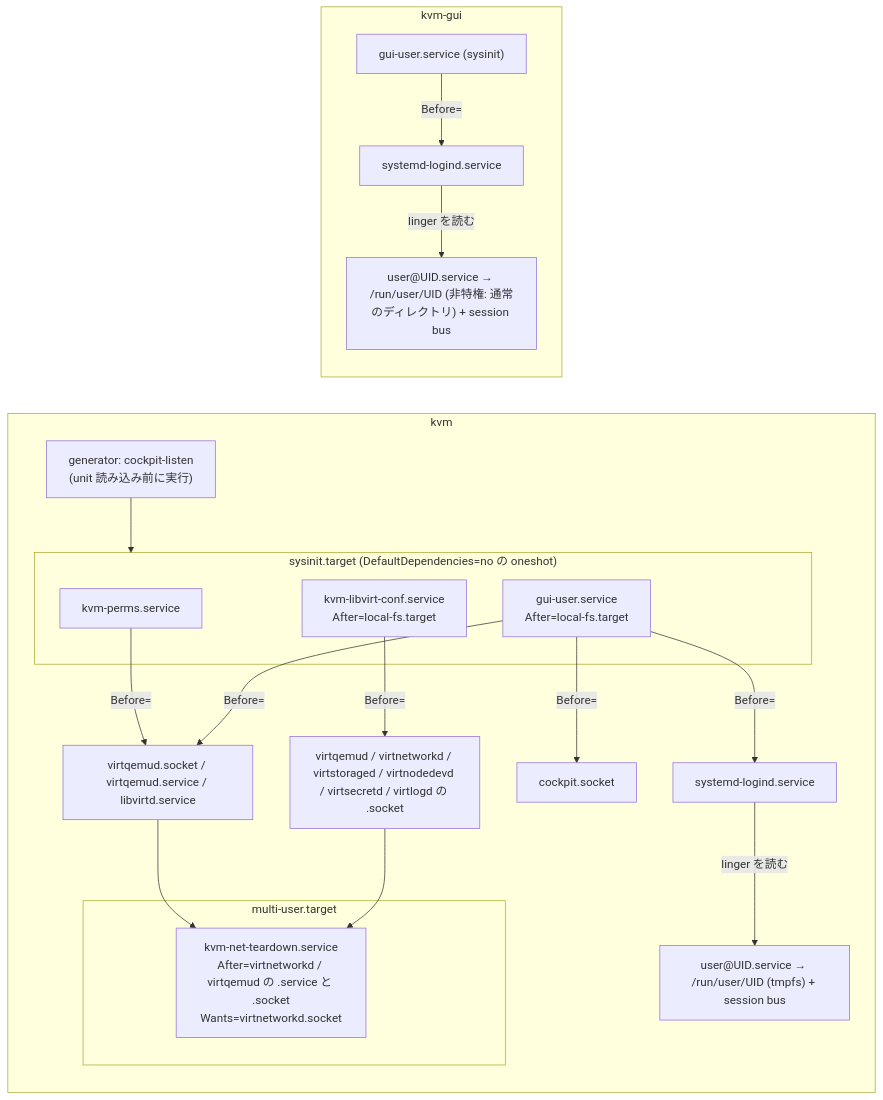
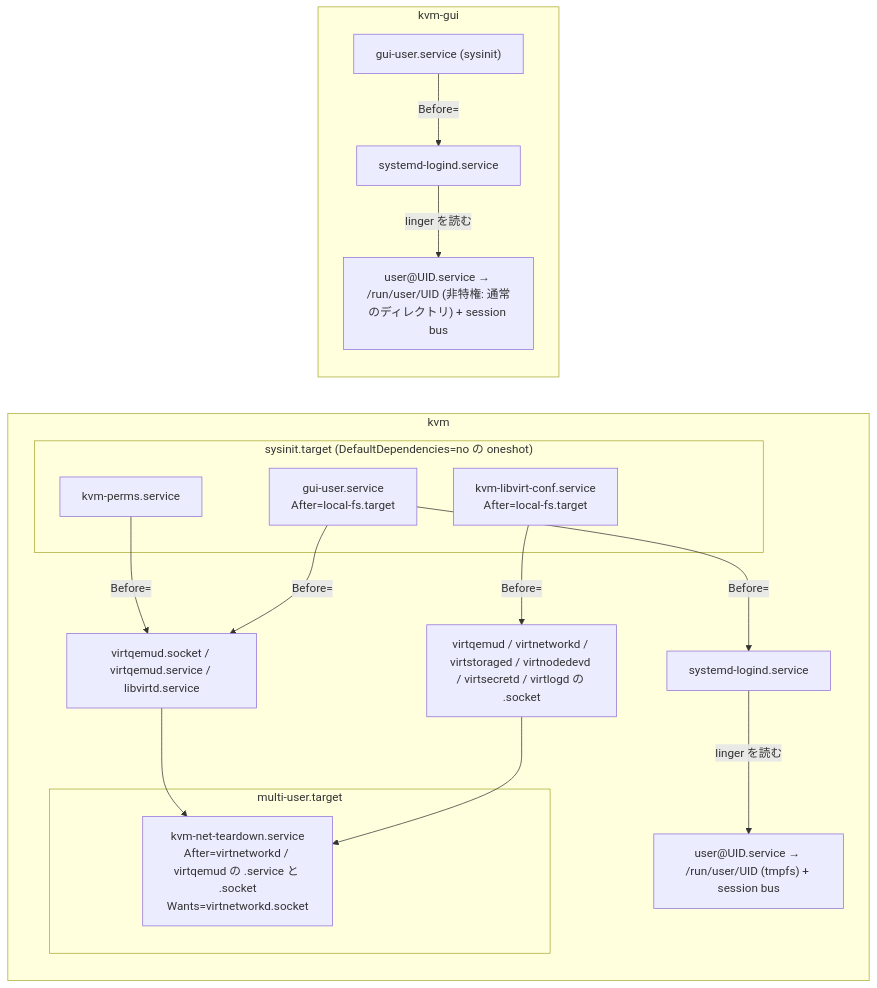
Before and after one commit to ryo-aoki-pc/kvm-container: diagram 16 of 22 in docs/SPEC.md, drawn with Mermaid. The commit also changed other lines of this file and 11 other files, not shown here.

````diff
--- a/docs/SPEC.md
+++ b/docs/SPEC.md
@@ -790,26 +752,24 @@
 ```mermaid
 flowchart LR
   subgraph kvm ["kvm"]
-    gen["generator: cockpit-listen<br/>(unit 読み込み前に実行)"] --> ksys
     subgraph ksys ["sysinit.target (DefaultDependencies=no の oneshot)"]
       perms["kvm-perms.service"]
       kuser["gui-user.service<br/>After=local-fs.target"]
       kconf["kvm-libvirt-conf.service<br/>After=local-fs.target"]
     end
     perms -->|"Before="| vq["virtqemud.socket / virtqemud.service / libvirtd.service"]
     kuser -->|"Before="| klogind["systemd-logind.service"]
-    kuser -->|"Before="| cs["cockpit.socket"]
     kuser -->|"Before="| vq
     kconf -->|"Before="| allsock["virtqemud / virtnetworkd / virtstoraged / virtnodedevd / virtsecretd / virtlogd の .socket"]
     klogind -->|"linger を読む"| kuserat["user@UID.service → /run/user/UID (tmpfs) + session bus"]
     subgraph kmu ["multi-user.target"]
       td["kvm-net-teardown.service<br/>After=virtnetworkd / virtqemud の .service と .socket<br/>Wants=virtnetworkd.socket"]
     end
     vq --> td
     allsock --> td
   end
   subgraph gui ["kvm-gui"]
     guser["gui-user.service (sysinit)"] -->|"Before="| glogind["systemd-logind.service"]
     glogind -->|"linger を読む"| guserat["user@UID.service → /run/user/UID (非特権: 通常のディレクトリ) + session bus"]
   end
 ```
````
